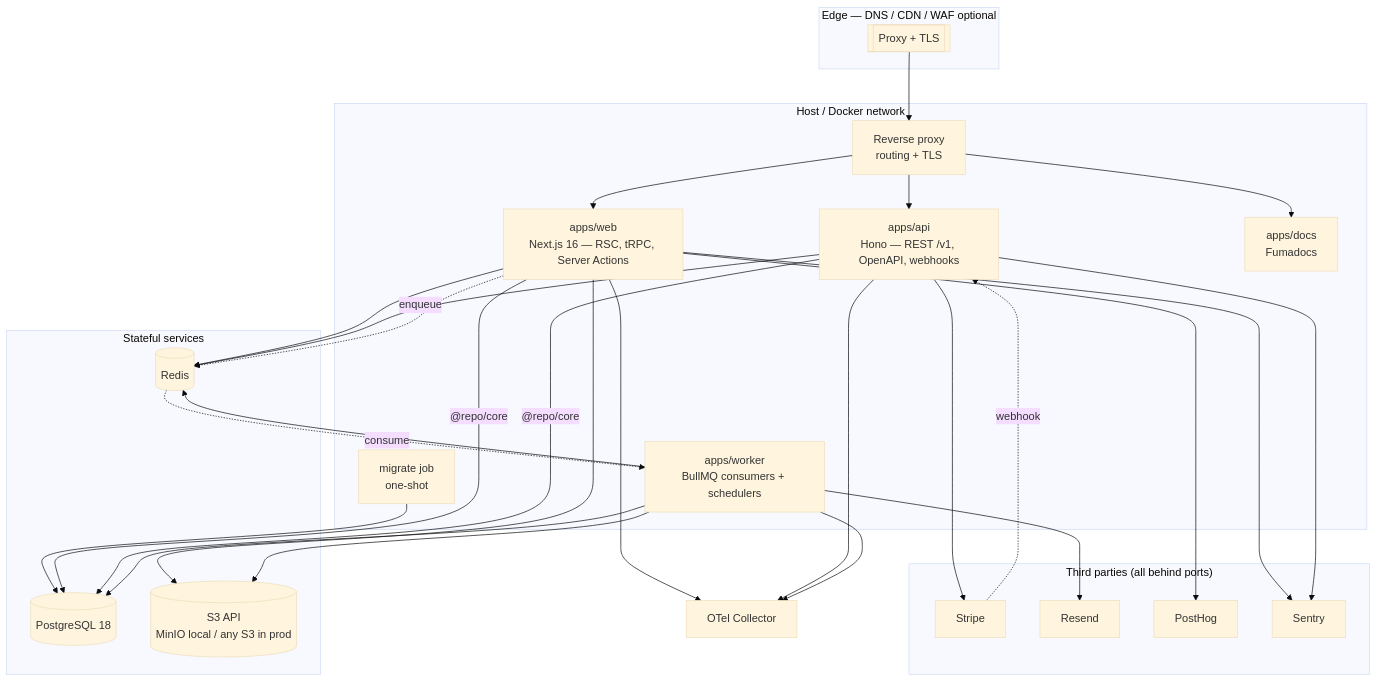
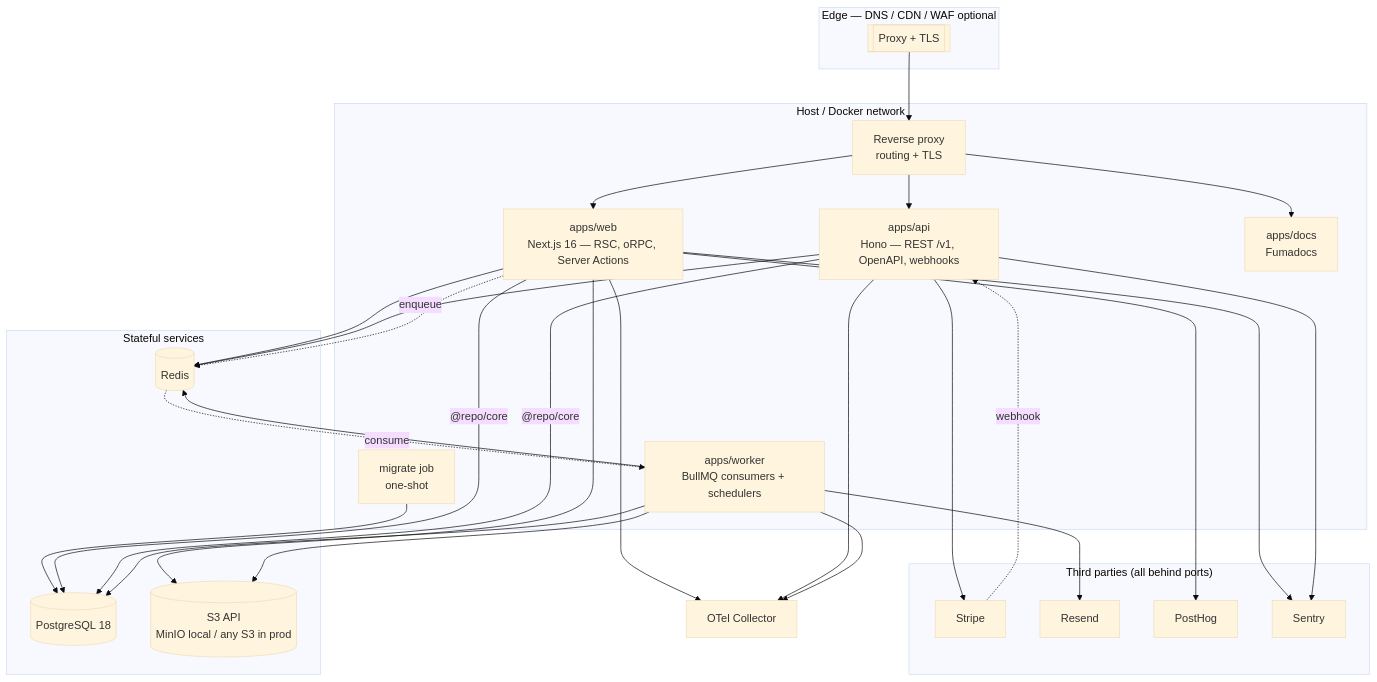
Before and after one commit to jleveneur/nextjs-boilerplate: the diagram in docs/architecture/README.md, drawn with Mermaid (base theme). The commit also changed other lines of this file and 71 other files, not shown here.

````diff
--- a/docs/architecture/README.md
+++ b/docs/architecture/README.md
@@ -232,58 +232,58 @@
 ```mermaid
 flowchart TB
     subgraph edge["Edge — DNS / CDN / WAF optional"]
         CF[["Proxy + TLS"]]
     end
 
     subgraph host["Host / Docker network"]
         TR["Reverse proxy<br/>routing + TLS"]
-        WEB["apps/web<br/>Next.js 16 — RSC, tRPC, Server Actions"]
+        WEB["apps/web<br/>Next.js 16 — RSC, oRPC, Server Actions"]
         API["apps/api<br/>Hono — REST /v1, OpenAPI, webhooks"]
         WORKER["apps/worker<br/>BullMQ consumers + schedulers"]
         DOCS["apps/docs<br/>Fumadocs"]
         MIG["migrate job<br/>one-shot"]
     end
 
     subgraph data["Stateful services"]
         PG[("PostgreSQL 18")]
         RD[("Redis")]
         S3[("S3 API<br/>MinIO local / any S3 in prod")]
     end
 
     subgraph ext["Third parties (all behind ports)"]
         STR["Stripe"]
         RES["Resend"]
         PH["PostHog"]
         SEN["Sentry"]
     end
 
     CF --> TR
     TR --> WEB
     TR --> API
     TR --> DOCS
     MIG --> PG
 
     WEB -->|"@repo/core"| PG
     API -->|"@repo/core"| PG
     WORKER --> PG
     WEB --> RD
     API --> RD
     WORKER --> RD
     WEB --> S3
     WORKER --> S3
 
     WEB -.->|enqueue| RD
     RD -.->|consume| WORKER
 
     API --> STR
     STR -.->|webhook| API
     WORKER --> RES
     WEB --> PH
     WEB --> SEN
     API --> SEN
 
     OTEL["OTel Collector"]
     WEB --> OTEL
     API --> OTEL
     WORKER --> OTEL
 ```
````
